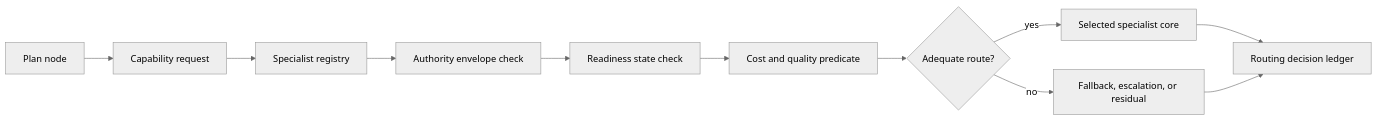
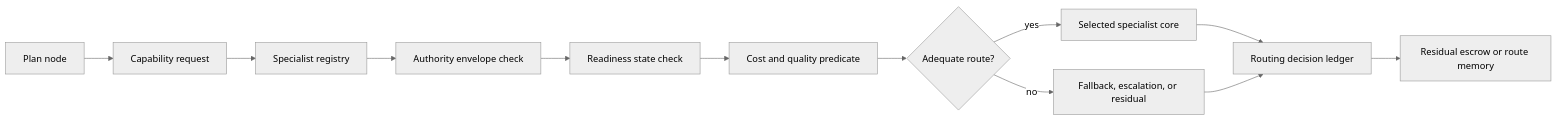
Before and after one commit to corbensorenson/asi-stack-book: the diagram in chapters/routing-heads-and-specialist-cores.qmd, drawn with Mermaid (neutral theme). The commit also changed 20 other files, not shown here.

Commit message:
Raise diagram substance floor

````diff
--- a/chapters/routing-heads-and-specialist-cores.qmd
+++ b/chapters/routing-heads-and-specialist-cores.qmd
@@ -104,13 +104,14 @@
 ```{mermaid}
 flowchart LR
   A["Plan node"] --> B["Capability request"]
   B --> C["Specialist registry"]
   C --> D["Authority envelope check"]
   D --> E["Readiness state check"]
   E --> F["Cost and quality predicate"]
   F --> G{"Adequate route?"}
   G -- "yes" --> H["Selected specialist core"]
   G -- "no" --> I["Fallback, escalation, or residual"]
   H --> J["Routing decision ledger"]
   I --> J
+  J --> K["Residual escrow or route memory"]
 ```
````
